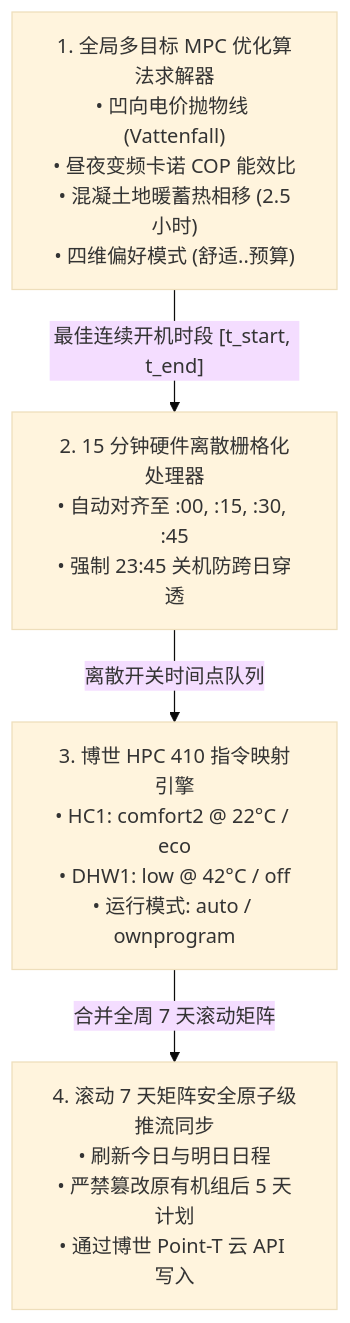
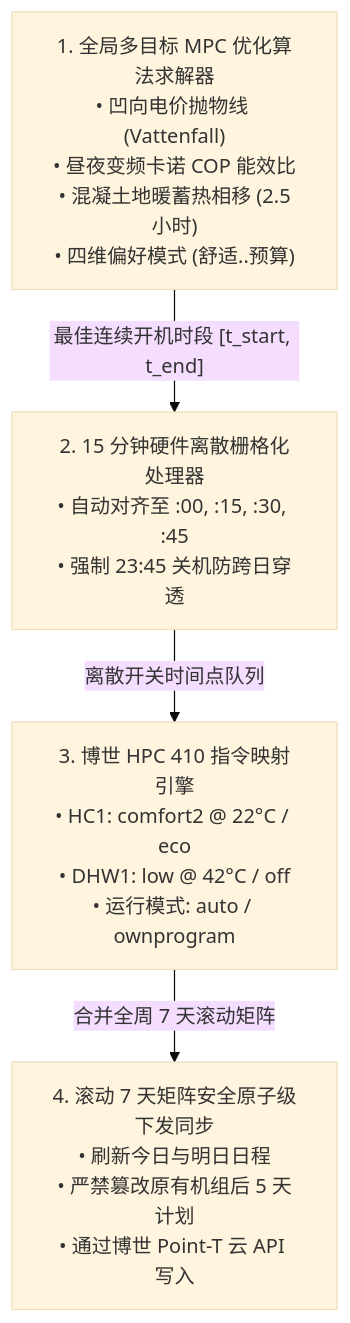
One commit to siml1169/BREAST changed the second of 2 diagrams in docs/HEAT_PUMP_OPTIMIZATION_PLAN_ZH.md. Above: the diagram before and after it, drawn with Mermaid (base theme). The commit also changed other lines of this file and 27 other files, not shown here.

````diff
--- a/docs/HEAT_PUMP_OPTIMIZATION_PLAN_ZH.md
+++ b/docs/HEAT_PUMP_OPTIMIZATION_PLAN_ZH.md
@@ -185,11 +187,11 @@
 ```mermaid
 flowchart TD
     M1["1. 全局多目标 MPC 优化算法求解器<br/>• 凹向电价抛物线 (Vattenfall)<br/>• 昼夜变频卡诺 COP 能效比<br/>• 混凝土地暖蓄热相移 (2.5小时)<br/>• 四维偏好模式 (舒适..预算)"]
     M2["2. 15 分钟硬件离散栅格化处理器<br/>• 自动对齐至 :00, :15, :30, :45<br/>• 强制 23:45 关机防跨日穿透"]
     M3["3. 博世 HPC 410 指令映射引擎<br/>• HC1: comfort2 @ 22°C / eco<br/>• DHW1: low @ 42°C / off<br/>• 运行模式: auto / ownprogram"]
-    M4["4. 滚动 7 天矩阵安全原子级推流同步<br/>• 刷新今日与明日日程<br/>• 严禁篡改原有机组后 5 天计划<br/>• 通过博世 Point-T 云 API 写入"]
+    M4["4. 滚动 7 天矩阵安全原子级下发同步<br/>• 刷新今日与明日日程<br/>• 严禁篡改原有机组后 5 天计划<br/>• 通过博世 Point-T 云 API 写入"]
 
     M1 -->|"最佳连续开机时段 [t_start, t_end]"| M2
     M2 -->|"离散开关时间点队列"| M3
     M3 -->|"合并全周 7 天滚动矩阵"| M4
 ```
````
